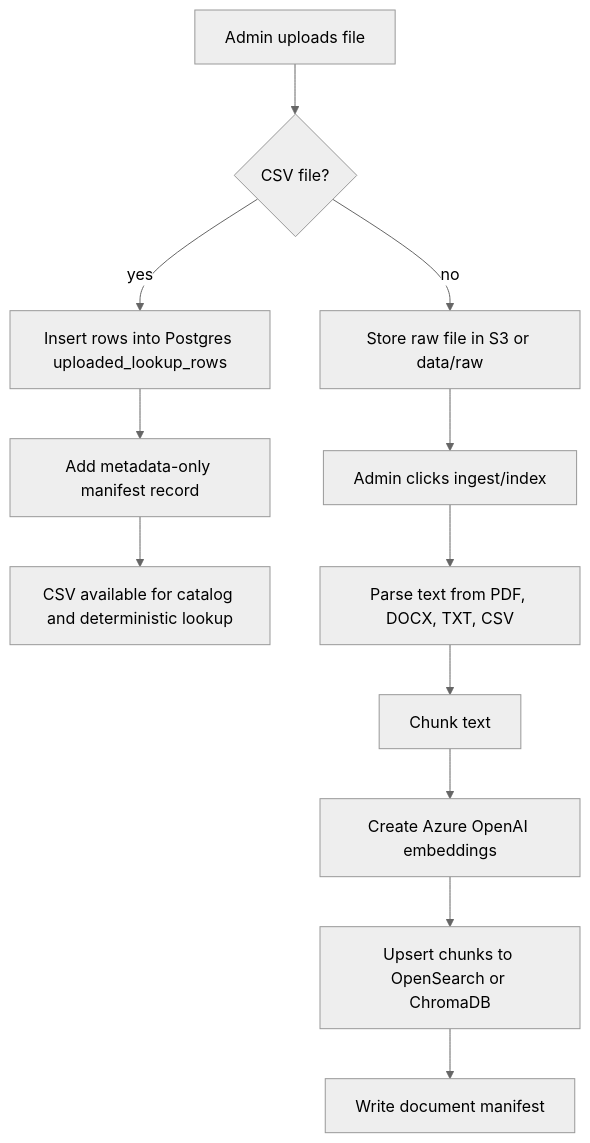
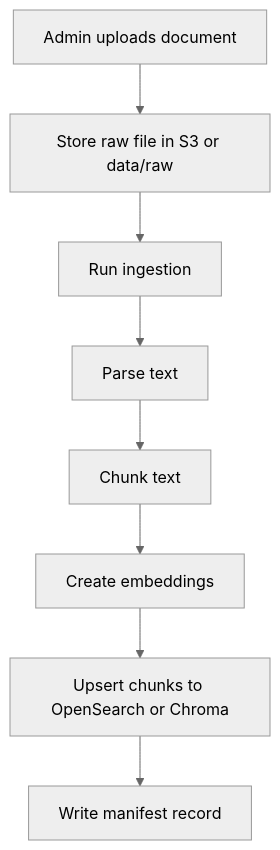
Before and after one commit to sabin262/dstrmaysam-heakthcare-knowledge-agent-multi-agent: the third of 4 diagrams in docs/system_summary.md, drawn with Mermaid (neutral theme). The commit also changed other lines of this file and 14 other files, not shown here.

````diff
--- a/docs/system_summary.md
+++ b/docs/system_summary.md
@@ -443,16 +423,10 @@
 ```mermaid
 flowchart TD
-    Upload["Admin uploads file"] --> IsCSV{"CSV file?"}
-
-    IsCSV -->|"yes"| CSVRows["Insert rows into Postgres uploaded_lookup_rows"]
-    CSVRows --> CSVManifest["Add metadata-only manifest record"]
-    CSVManifest --> DoneCSV["CSV available for catalog and deterministic lookup"]
-
-    IsCSV -->|"no"| StoreRaw["Store raw file in S3 or data/raw"]
-    StoreRaw --> Ingest["Admin clicks ingest/index"]
-    Ingest --> Parse["Parse text from PDF, DOCX, TXT, CSV"]
+    Upload["Admin uploads document"] --> Store["Store raw file in S3 or data/raw"]
+    Store --> Ingest["Run ingestion"]
+    Ingest --> Parse["Parse text"]
     Parse --> Chunk["Chunk text"]
-    Chunk --> Embed["Create Azure OpenAI embeddings"]
-    Embed --> Index["Upsert chunks to OpenSearch or ChromaDB"]
-    Index --> Manifest["Write document manifest"]
+    Chunk --> Embed["Create embeddings"]
+    Embed --> Index["Upsert chunks to OpenSearch or Chroma"]
+    Index --> Manifest["Write manifest record"]
 ```
````
